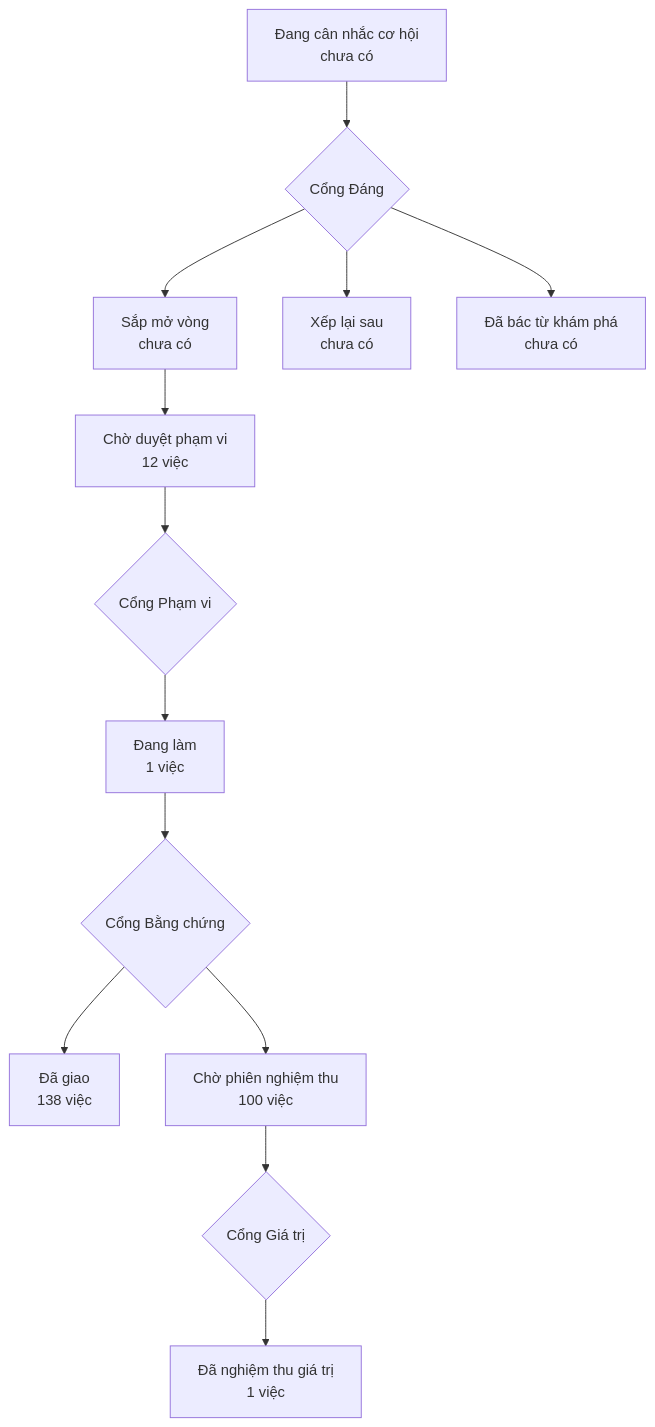
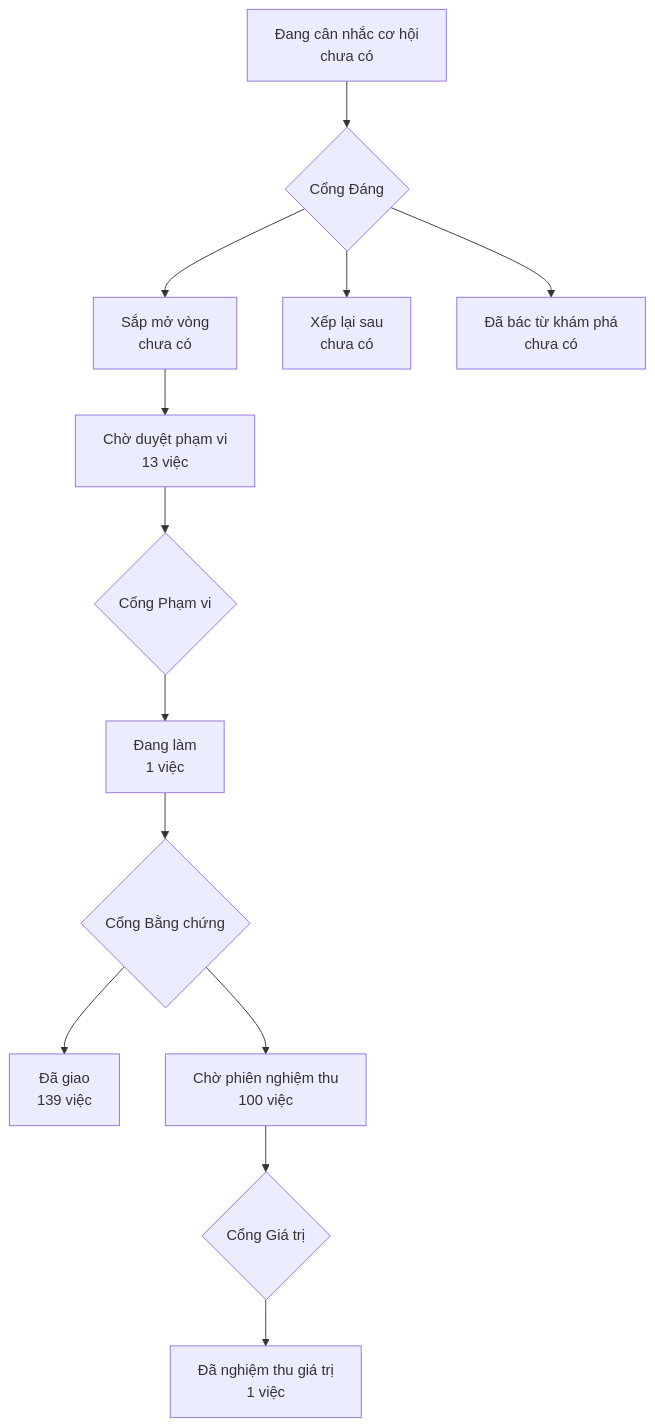
One commit to phanlemanh/onehub-invest changed the diagram in PRODUCT-MAP.md. Above: the diagram before and after it, drawn with Mermaid. The commit also changed other lines of this file and 1 other file, not shown here.

Commit message:
docs(acceptance): vẽ lại lộ trình sau khi gộp main

````diff
--- a/PRODUCT-MAP.md
+++ b/PRODUCT-MAP.md
@@ -7,12 +7,12 @@
 ```mermaid
 flowchart TD
   A["Đang cân nhắc cơ hội<br/>chưa có"] --> GD{"Cổng Đáng"}
   GD --> B["Sắp mở vòng<br/>chưa có"]
   GD --> XL["Xếp lại sau<br/>chưa có"]
   GD --> DB["Đã bác từ khám phá<br/>chưa có"]
-  B --> CD["Chờ duyệt phạm vi<br/>12 việc"] --> GP{"Cổng Phạm vi"}
+  B --> CD["Chờ duyệt phạm vi<br/>13 việc"] --> GP{"Cổng Phạm vi"}
   GP --> DL["Đang làm<br/>1 việc"] --> GB{"Cổng Bằng chứng"}
-  GB --> DG["Đã giao<br/>138 việc"]
+  GB --> DG["Đã giao<br/>139 việc"]
   GB --> CN["Chờ phiên nghiệm thu<br/>100 việc"] --> GG{"Cổng Giá trị"}
   GG --> NT["Đã nghiệm thu giá trị<br/>1 việc"]
 ```
````
